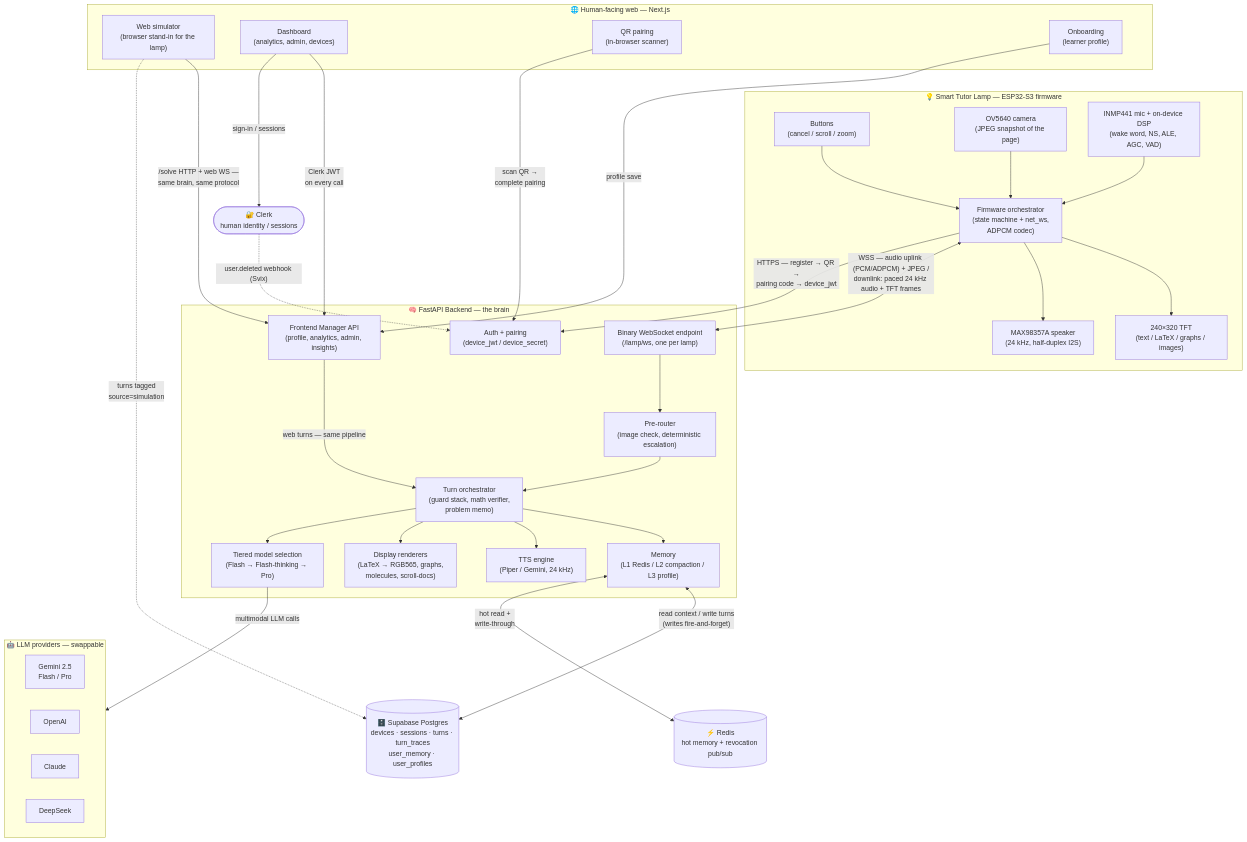
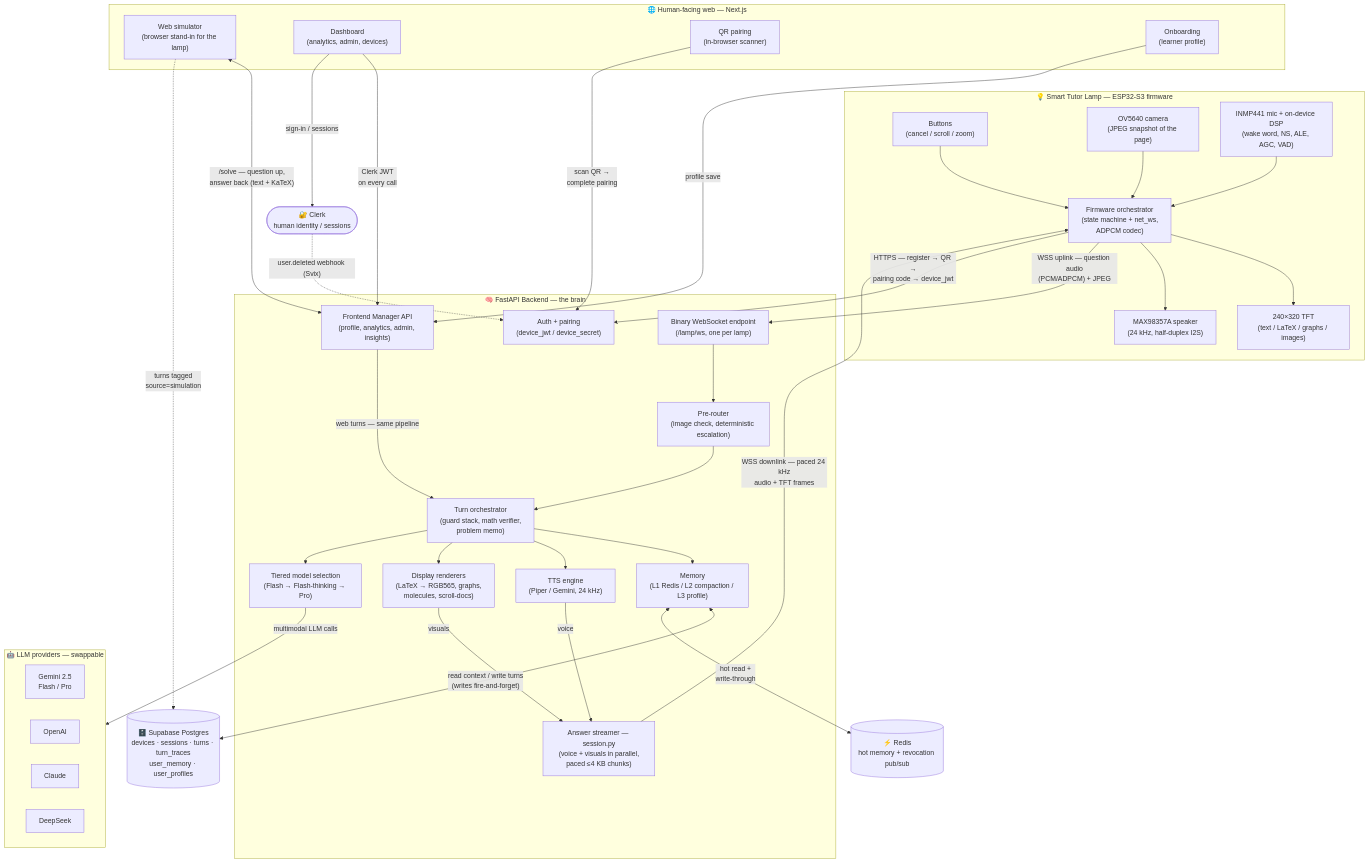
The first of 3 diagrams in architect-diagram.md (ayushmaitistartups-cmyk/update), drawn with Mermaid before and after one commit.

````diff
--- a/architect-diagram.md
+++ b/architect-diagram.md
@@ -15,12 +15,5 @@
 ```mermaid
 flowchart TB
-
-    subgraph FE["🌐 Human-facing web — Next.js"]
-        SIM["Web simulator<br/>(browser stand-in for the lamp)"]
-        DASH["Dashboard<br/>(analytics, admin, devices)"]
-        QRP["QR pairing<br/>(in-browser scanner)"]
-        ONB["Onboarding<br/>(learner profile)"]
-    end
 
     subgraph LAMP["💡 Smart Tutor Lamp — ESP32-S3 firmware"]
         BTN["Buttons<br/>(cancel / scroll / zoom)"]
@@ -37,6 +30,13 @@
         FWO --> SPKN
     end
 
+    subgraph FE["🌐 Human-facing web — Next.js"]
+        SIM["Web simulator<br/>(browser stand-in for the lamp)"]
+        DASH["Dashboard<br/>(analytics, admin, devices)"]
+        QRP["QR pairing<br/>(in-browser scanner)"]
+        ONB["Onboarding<br/>(learner profile)"]
+    end
+
     CLERK(["🔐 Clerk<br/>human identity / sessions"])
 
     subgraph BE["🧠 FastAPI Backend — the brain"]
@@ -49,6 +49,7 @@
         TTSN["TTS engine<br/>(Piper / Gemini, 24 kHz)"]
         RENDN["Display renderers<br/>(LaTeX → RGB565, graphs,<br/>molecules, scroll-docs)"]
         TIER["Tiered model selection<br/>(Flash → Flash-thinking → Pro)"]
+        OUTS["Answer streamer — session.py<br/>(voice + visuals in parallel,<br/>paced ≤4 KB chunks)"]
 
         WSE --> PRE
         PRE --> ORCH
@@ -73,19 +74,24 @@
     ONB ~~~ MICD
 
     %% lamp ↔ backend
-    FWO <-->|"WSS — audio uplink (PCM/ADPCM) + JPEG /<br/>downlink: paced 24 kHz audio + TFT frames"| WSE
+    FWO -->|"WSS uplink — question audio<br/>(PCM/ADPCM) + JPEG"| WSE
+    OUTS -->|"WSS downlink — paced 24 kHz<br/>audio + TFT frames"| FWO
     FWO -->|"HTTPS — register → QR →<br/>pairing code → device_jwt"| AUTHP
 
     %% web ↔ backend
     QRP -->|"scan QR →<br/>complete pairing"| AUTHP
     DASH -->|"Clerk JWT<br/>on every call"| FMAPI
     ONB -->|"profile save"| FMAPI
-    SIM -->|"/solve HTTP + web WS —<br/>same brain, same protocol"| FMAPI
+    SIM <-->|"/solve — question up,<br/>answer back (text + KaTeX)"| FMAPI
     FMAPI -->|"web turns — same pipeline"| ORCH
 
     %% identity
     DASH -->|"sign-in / sessions"| CLERK
     CLERK -.->|"user.deleted webhook (Svix)"| AUTHP
+
+    %% answer out — dispatch to the asking surface
+    TTSN -->|"voice"| OUTS
+    RENDN -->|"visuals"| OUTS
 
     %% data + models
     MEMN <-->|"read context / write turns<br/>(writes fire-and-forget)"| SUPA
````
